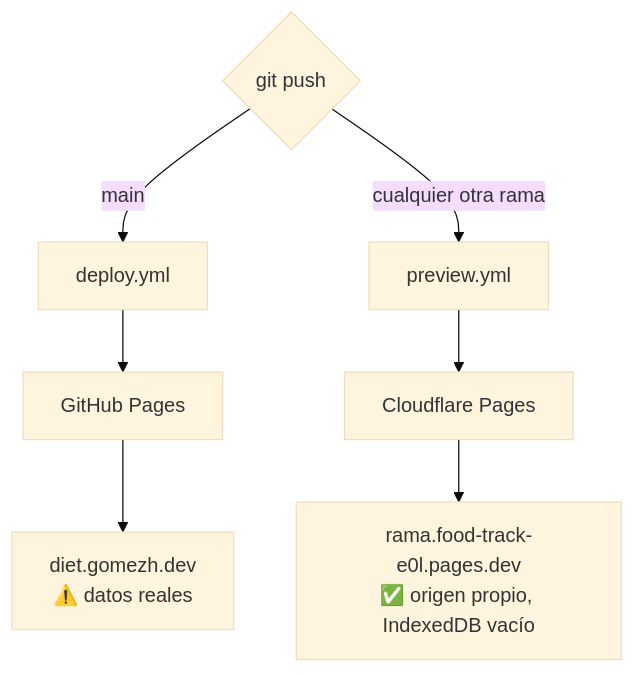
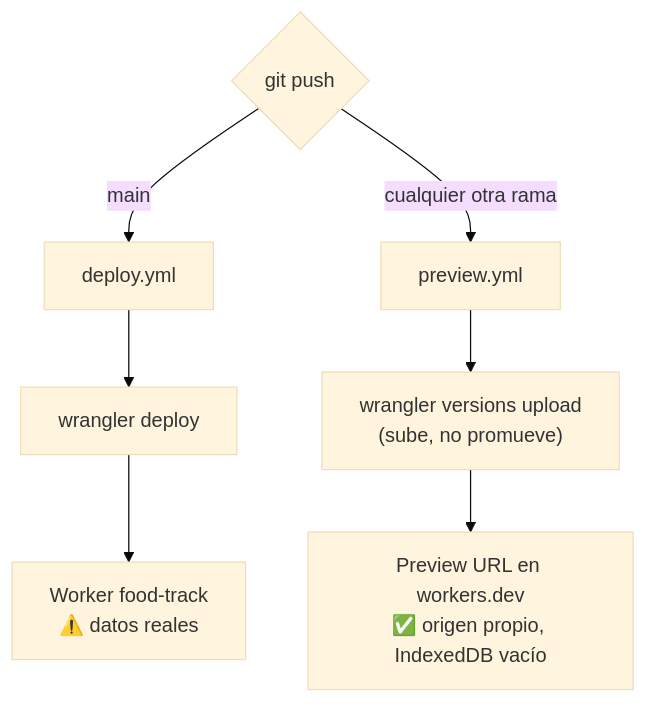
Before and after one commit to gomezhyuuga/food-track: the first of 2 diagrams in docs/previews.md, drawn with Mermaid (base theme). The commit also changed other lines of this file and 50 other files, not shown here.

````diff
--- a/docs/previews.md
+++ b/docs/previews.md
@@ -9,12 +9,12 @@
 ```mermaid
 flowchart TD
     push{"git push"}
     push -->|"main"| prod["deploy.yml"]
     push -->|"cualquier otra rama"| prev["preview.yml"]
 
-    prod --> ghp["GitHub Pages"]
-    ghp --> live["diet.gomezh.dev<br/>⚠️ datos reales"]
+    prod --> dep["wrangler deploy"]
+    dep --> live["Worker food-track<br/>⚠️ datos reales"]
 
-    prev --> cf["Cloudflare Pages"]
-    cf --> url["rama.food-track-e0l.pages.dev<br/>✅ origen propio, IndexedDB vacío"]
+    prev --> ver["wrangler versions upload<br/>(sube, no promueve)"]
+    ver --> url["Preview URL en workers.dev<br/>✅ origen propio, IndexedDB vacío"]
 ```
````
